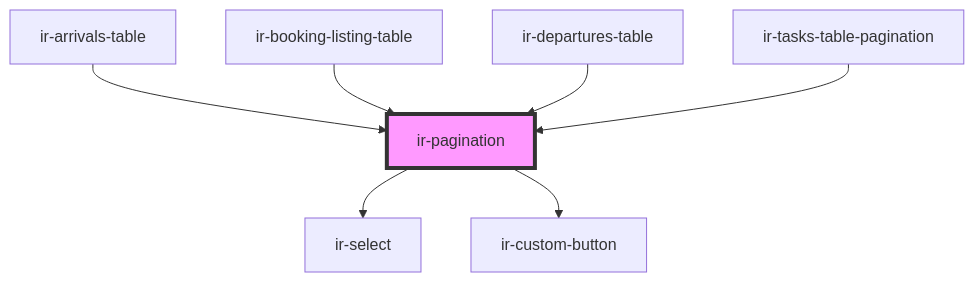
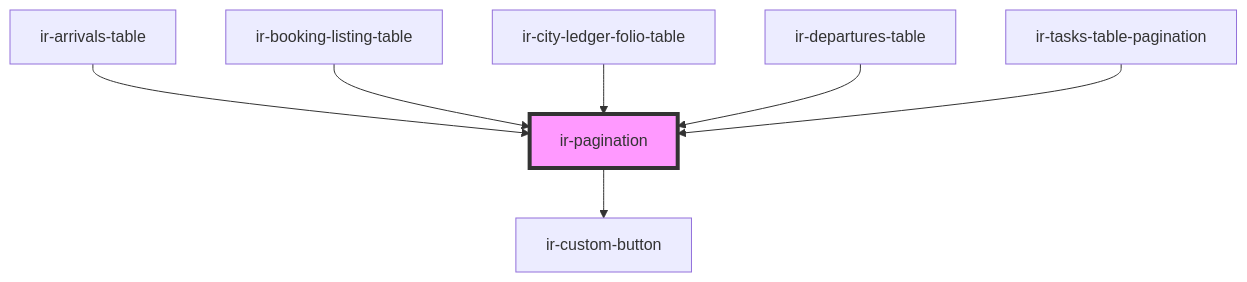
Before and after one commit to RonyRizk/ir-webcmp: the diagram in src/components/ir-pagination/readme.md, drawn with Mermaid. The commit also changed other lines of this file and 586 other files, not shown here.

````diff
--- a/src/components/ir-pagination/readme.md
+++ b/src/components/ir-pagination/readme.md
@@ -51,10 +51,10 @@
 ```mermaid
 graph TD;
-  ir-pagination --> ir-select
   ir-pagination --> ir-custom-button
   ir-arrivals-table --> ir-pagination
   ir-booking-listing-table --> ir-pagination
+  ir-city-ledger-folio-table --> ir-pagination
   ir-departures-table --> ir-pagination
   ir-tasks-table-pagination --> ir-pagination
   style ir-pagination fill:#f9f,stroke:#333,stroke-width:4px
 ```
````
